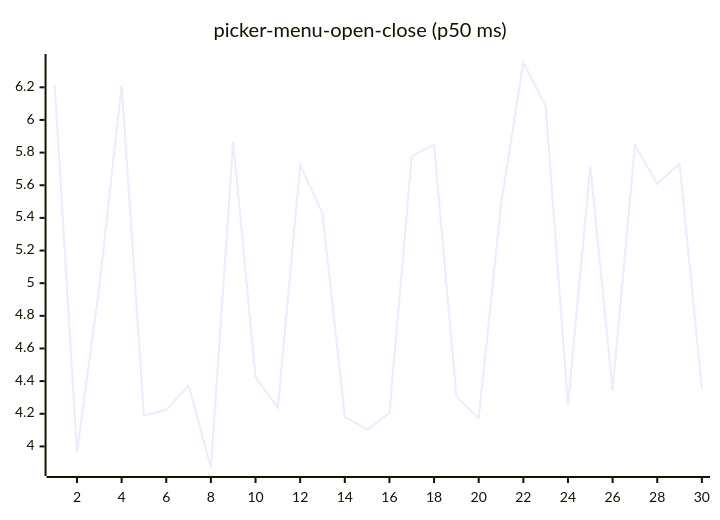
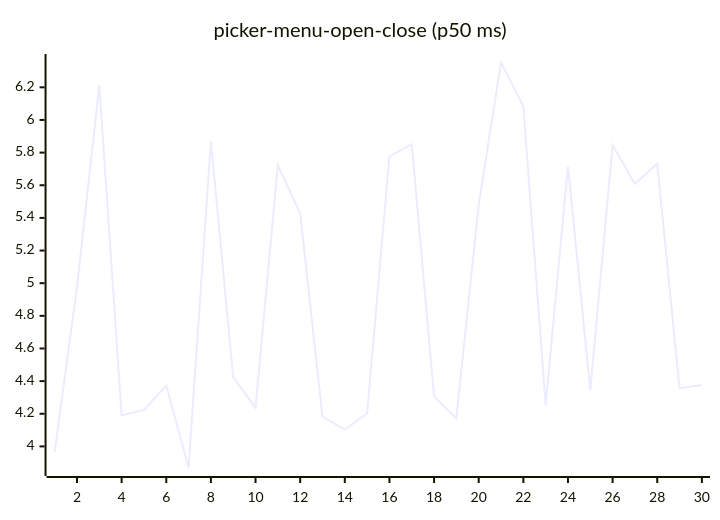
One commit to josha/Facet changed diagram 16 of 27 in README.md. Above: the diagram before and after it, drawn with Mermaid. The commit also changed other lines of this file and 2 other files, not shown here.

````diff
--- a/README.md
+++ b/README.md
@@ -168,6 +168,6 @@
 ```mermaid
 xychart-beta
     title "picker-menu-open-close (p50 ms)"
     x-axis 1 --> 30
-    line [6.2151, 3.9652, 4.9760, 6.2132, 4.1891, 4.2236, 4.3733, 3.8708, 5.8694, 4.4248, 4.2362, 5.7230, 5.4264, 4.1828, 4.1028, 4.2034, 5.7775, 5.8503, 4.3049, 4.1731, 5.4814, 6.3520, 6.0839, 4.2522, 5.7175, 4.3452, 5.8449, 5.6085, 5.7317, 4.3559]
+    line [3.9652, 4.9760, 6.2132, 4.1891, 4.2236, 4.3733, 3.8708, 5.8694, 4.4248, 4.2362, 5.7230, 5.4264, 4.1828, 4.1028, 4.2034, 5.7775, 5.8503, 4.3049, 4.1731, 5.4814, 6.3520, 6.0839, 4.2522, 5.7175, 4.3452, 5.8449, 5.6085, 5.7317, 4.3559, 4.3756]
 ```
````
